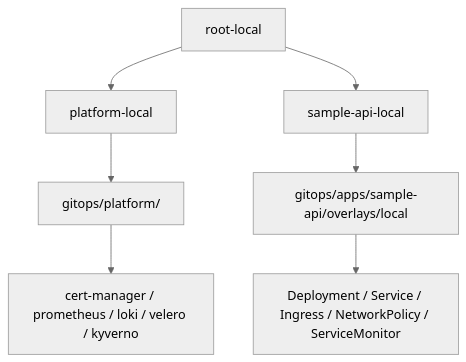
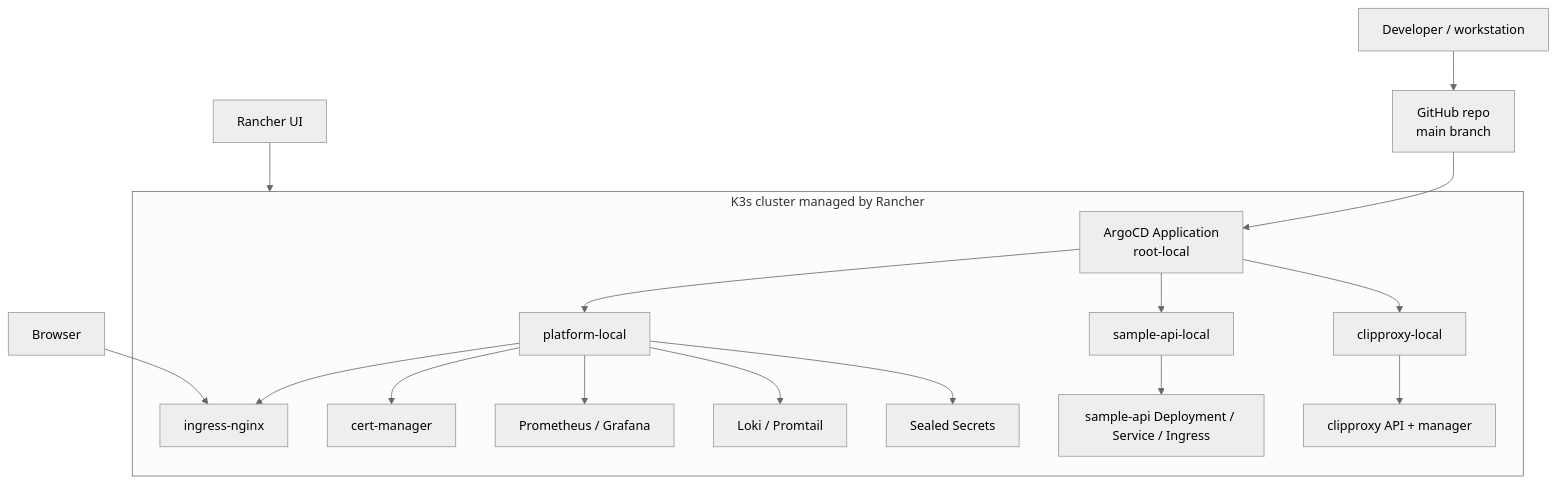
Before and after one commit to nghiabka/rancher-platform-template: the diagram in docs/architecture.md, drawn with Mermaid (neutral theme). The commit also changed other lines of this file and 3 other files, not shown here.

Commit message:
docs(architecture): explain kubernetes platform for beginners

````diff
--- a/docs/architecture.md
+++ b/docs/architecture.md
@@ -411,11 +76,23 @@
 ```mermaid
 flowchart TB
-  Root["root-local"] --> Platform["platform-local"]
-  Root --> Sample["sample-api-local"]
+  Dev["Developer / workstation"] --> Git["GitHub repo\nmain branch"]
+  Git --> Root["ArgoCD Application\nroot-local"]
 
-  Platform --> PlatformModules["gitops/platform/"]
-  Sample --> SampleBase["gitops/apps/sample-api/overlays/local"]
+  subgraph Cluster["K3s cluster managed by Rancher"]
+    Root --> Platform["platform-local"]
+    Root --> Sample["sample-api-local"]
+    Root --> Clipproxy["clipproxy-local"]
 
-  PlatformModules --> CRDs["cert-manager / prometheus / loki / velero / kyverno"]
-  SampleBase --> Workload["Deployment / Service / Ingress / NetworkPolicy / ServiceMonitor"]
+    Platform --> IngressNginx["ingress-nginx"]
+    Platform --> CertManager["cert-manager"]
+    Platform --> Observability["Prometheus / Grafana"]
+    Platform --> Logging["Loki / Promtail"]
+    Platform --> SealedSecrets["Sealed Secrets"]
+
+    Sample --> SampleWorkload["sample-api Deployment / Service / Ingress"]
+    Clipproxy --> ClipproxyWorkload["clipproxy API + manager"]
+  end
+
+  Rancher["Rancher UI"] --> Cluster
+  Browser["Browser"] --> IngressNginx
 ```
````
